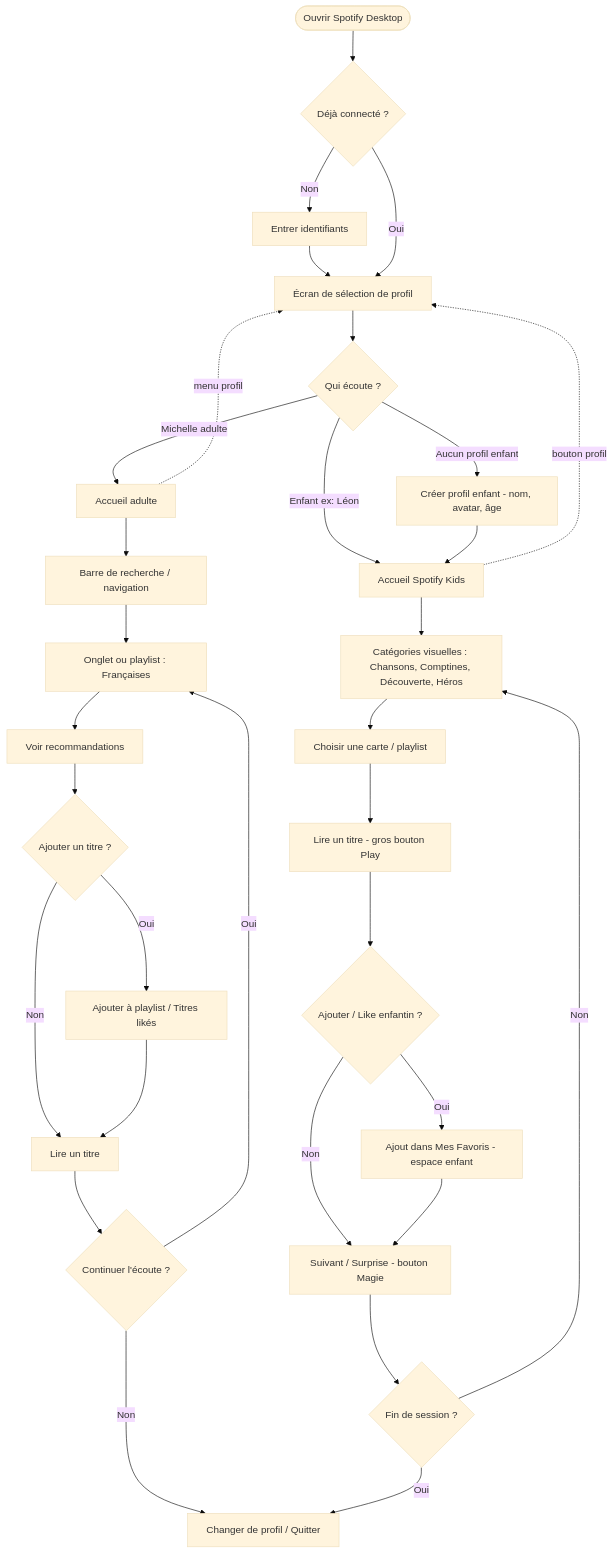
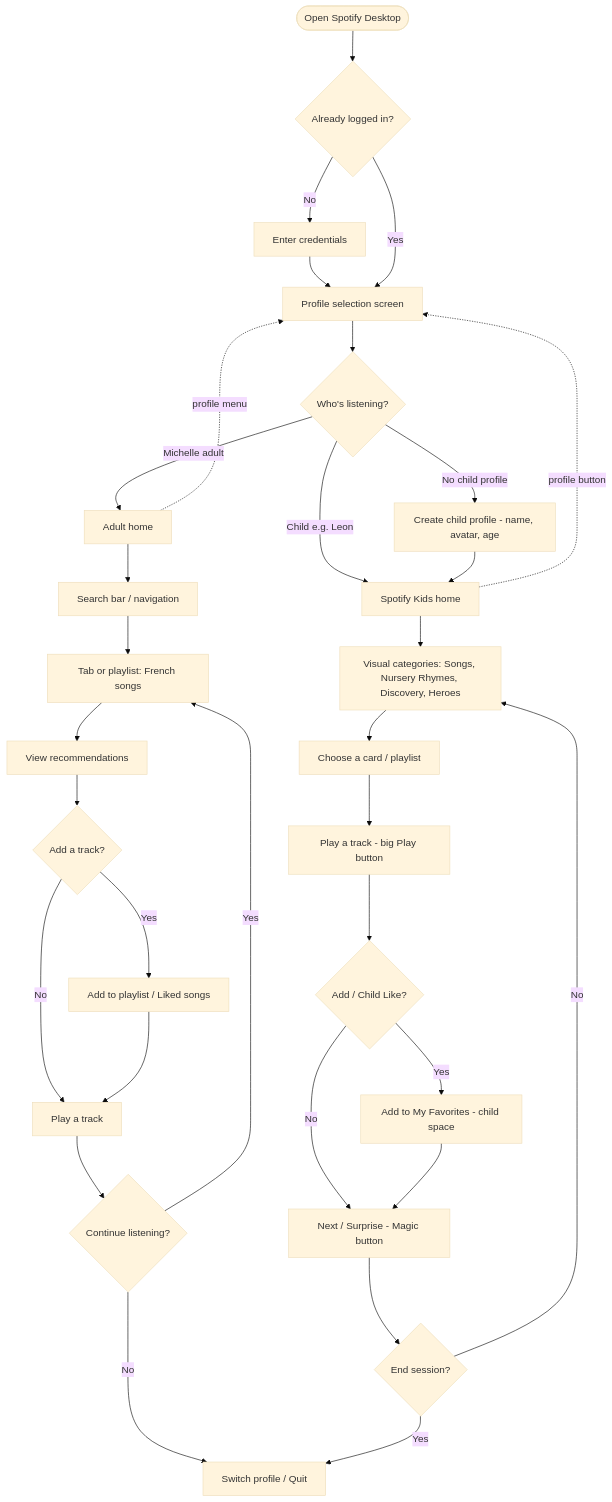
One commit to vlldnt/designer_language changed the diagram in user_flow.md. Above: the diagram before and after it, drawn with Mermaid (base theme). The commit also changed other lines of this file, not shown here.

Commit message:
translate: user flow diagram content to English

````diff
--- a/user_flow.md
+++ b/user_flow.md
@@ -3,39 +3,39 @@
 ```mermaid
 flowchart TD
-    A([Ouvrir Spotify Desktop]) --> B{Déjà connecté ?}
-    B -- Non --> C[Entrer identifiants] --> D[Écran de sélection de profil]
-    B -- Oui --> D[Écran de sélection de profil]
+    A([Open Spotify Desktop]) --> B{Already logged in?}
+    B -- No --> C[Enter credentials] --> D[Profile selection screen]
+    B -- Yes --> D[Profile selection screen]
 
-    D --> E{Qui écoute ?}
-    E -- Michelle adulte --> F[Accueil adulte]
-    E -- Enfant ex: Léon --> K[Accueil Spotify Kids]
-    E -- Aucun profil enfant --> J[Créer profil enfant - nom, avatar, âge] --> K
+    D --> E{Who's listening?}
+    E -- Michelle adult --> F[Adult home]
+    E -- Child e.g. Leon --> K[Spotify Kids home]
+    E -- No child profile --> J[Create child profile - name, avatar, age] --> K
 
-    %% --- Parcours adulte Michelle ---
-    F --> F1[Barre de recherche / navigation]
-    F1 --> F2[Onglet ou playlist : Françaises]
-    F2 --> F3[Voir recommandations]
-    F3 --> F4{Ajouter un titre ?}
-    F4 -- Oui --> F5[Ajouter à playlist / Titres likés]
-    F4 -- Non --> F6[Lire un titre]
+    %% --- Adult flow Michelle ---
+    F --> F1[Search bar / navigation]
+    F1 --> F2[Tab or playlist: French songs]
+    F2 --> F3[View recommendations]
+    F3 --> F4{Add a track?}
+    F4 -- Yes --> F5[Add to playlist / Liked songs]
+    F4 -- No --> F6[Play a track]
     F5 --> F6
-    F6 --> F7{Continuer l'écoute ?}
-    F7 -- Oui --> F2
-    F7 -- Non --> H[Changer de profil / Quitter]
+    F6 --> F7{Continue listening?}
+    F7 -- Yes --> F2
+    F7 -- No --> H[Switch profile / Quit]
 
-    %% --- Parcours enfant Kids ---
-    K --> K1[Catégories visuelles : Chansons, Comptines, Découverte, Héros]
-    K1 --> K2[Choisir une carte / playlist]
-    K2 --> K3[Lire un titre - gros bouton Play]
-    K3 --> K4{Ajouter / Like enfantin ?}
-    K4 -- Oui --> K5[Ajout dans Mes Favoris - espace enfant]
-    K4 -- Non --> K6[Suivant / Surprise - bouton Magie]
+    %% --- Child flow Kids ---
+    K --> K1[Visual categories: Songs, Nursery Rhymes, Discovery, Heroes]
+    K1 --> K2[Choose a card / playlist]
+    K2 --> K3[Play a track - big Play button]
+    K3 --> K4{Add / Child Like?}
+    K4 -- Yes --> K5[Add to My Favorites - child space]
+    K4 -- No --> K6[Next / Surprise - Magic button]
     K5 --> K6
-    K6 --> K7{Fin de session ?}
-    K7 -- Oui --> H[Changer de profil / Quitter]
-    K7 -- Non --> K1
+    K6 --> K7{End session?}
+    K7 -- Yes --> H[Switch profile / Quit]
+    K7 -- No --> K1
 
-    %% --- Changements rapides ---
-    F -. menu profil .-> D
-    K -. bouton profil .-> D
+    %% --- Quick changes ---
+    F -. profile menu .-> D
+    K -. profile button .-> D
 ```
````
